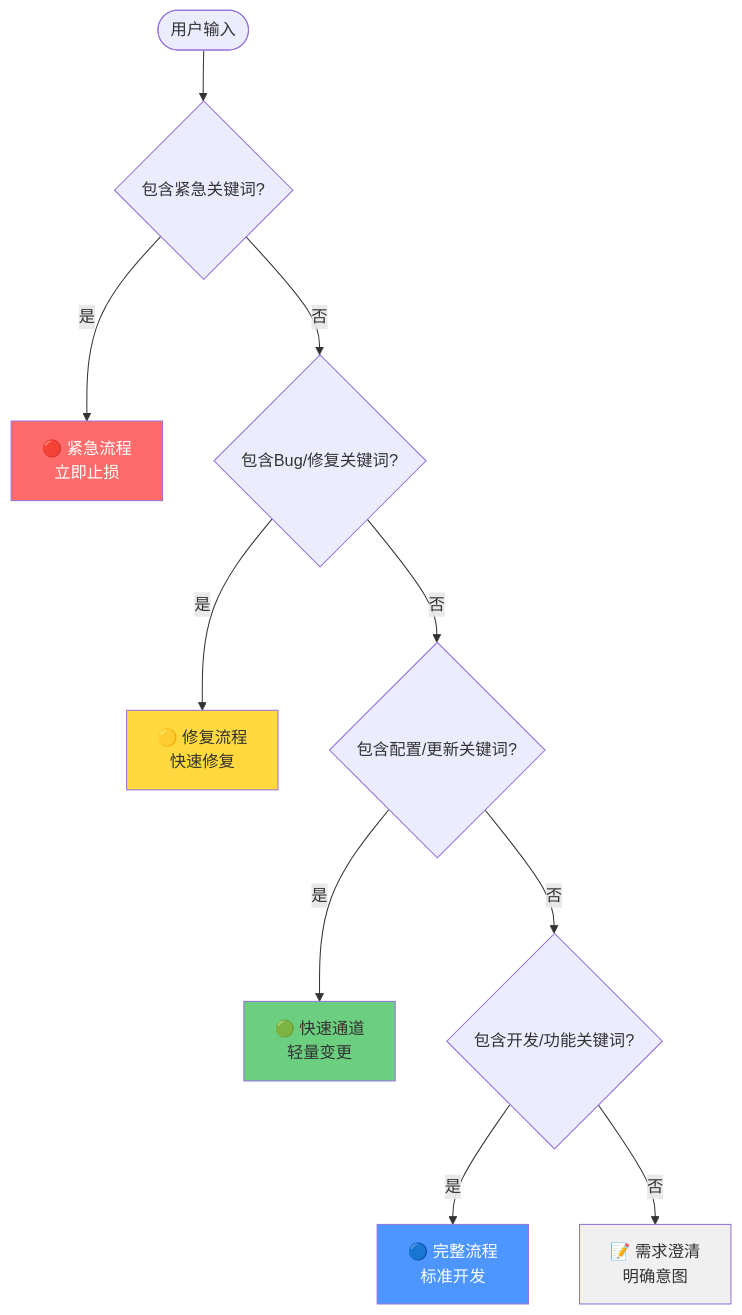
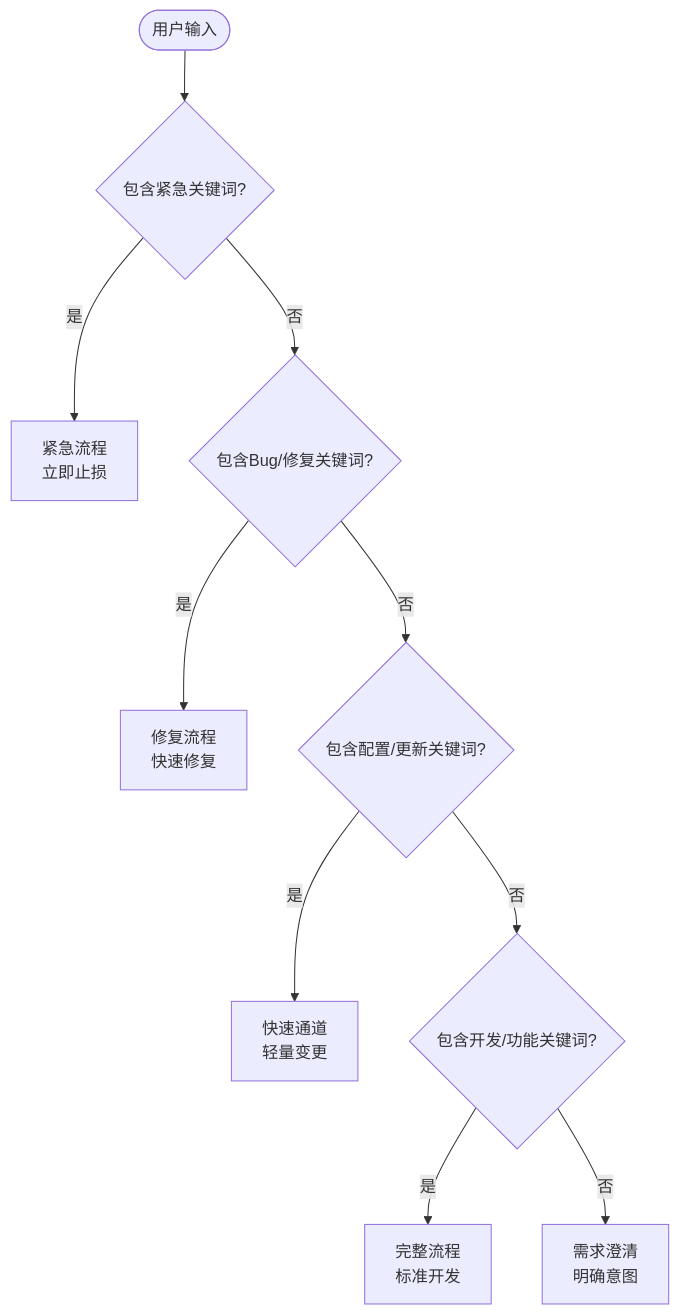
Before and after one commit to Tooooommy/Trae-Workflow: the second of 6 diagrams in skills/project-manager/SKILL.md, drawn with Mermaid. The commit also changed other lines of this file, not shown here.

````diff
--- a/skills/project-manager/SKILL.md
+++ b/skills/project-manager/SKILL.md
@@ -112,18 +112,12 @@
 ```mermaid
 flowchart TD
     Start([用户输入]) --> Q1{包含紧急关键词?}
-    Q1 -->|是| Emergency[🔴 紧急流程<br/>立即止损]
+    Q1 -->|是| Emergency[紧急流程<br/>立即止损]
     Q1 -->|否| Q2{包含Bug/修复关键词?}
-    Q2 -->|是| Fix[🟡 修复流程<br/>快速修复]
+    Q2 -->|是| Fix[修复流程<br/>快速修复]
     Q2 -->|否| Q3{包含配置/更新关键词?}
-    Q3 -->|是| Fast[🟢 快速通道<br/>轻量变更]
+    Q3 -->|是| Fast[快速通道<br/>轻量变更]
     Q3 -->|否| Q4{包含开发/功能关键词?}
-    Q4 -->|是| Full[🔵 完整流程<br/>标准开发]
-    Q4 -->|否| Clarify[📝 需求澄清<br/>明确意图]
-
-    style Emergency fill:#ff6b6b,color:#fff
-    style Fix fill:#ffd93d
-    style Fast fill:#6bcf7f
-    style Full fill:#4d96ff,color:#fff
-    style Clarify fill:#f0f0f0
+    Q4 -->|是| Full[完整流程<br/>标准开发]
+    Q4 -->|否| Clarify[需求澄清<br/>明确意图]
 ```
````
